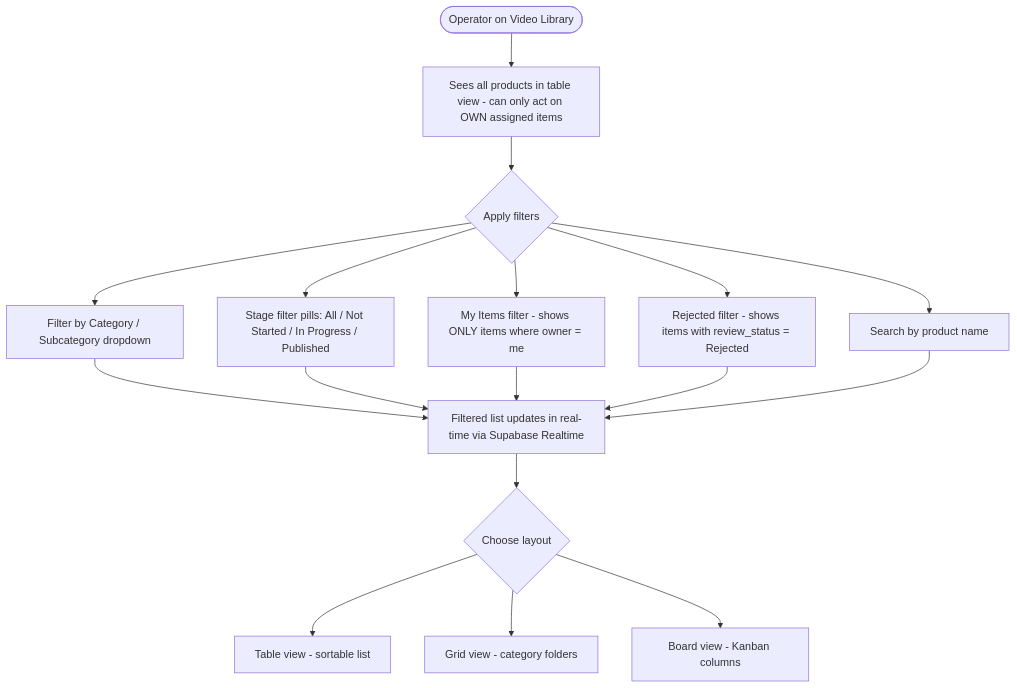
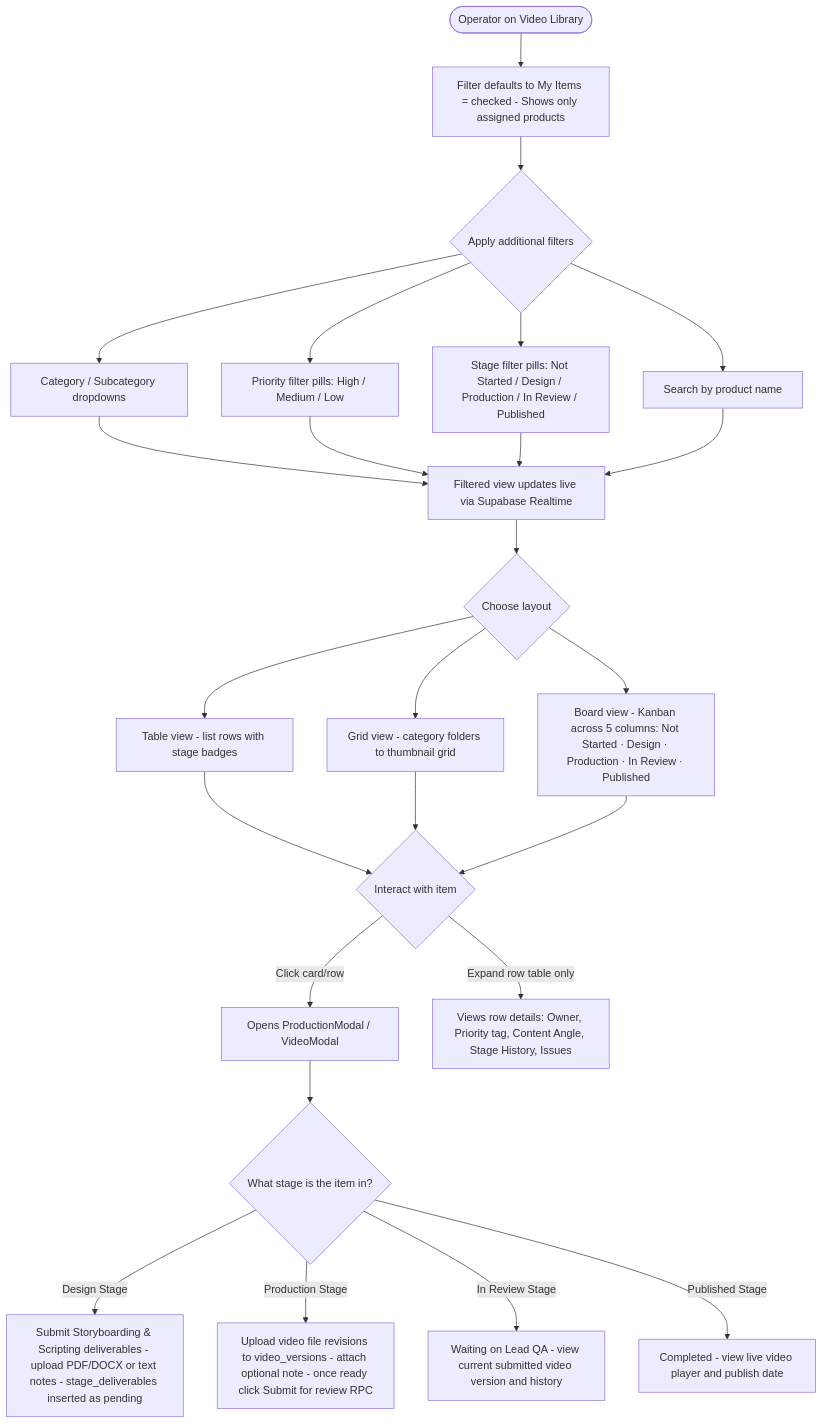
Before and after one commit to Lyduke56/BuckedUp-Dashboard-Lifewood: the fourth of 18 diagrams in role_workflows.md, drawn with Mermaid. The commit also changed other lines of this file and 6 other files, not shown here.

````diff
--- a/role_workflows.md
+++ b/role_workflows.md
@@ -149,15 +148,25 @@
 ```mermaid
 flowchart TD
-    A([Operator on Video Library]) --> B["Sees all products in table view - can only act on OWN assigned items"]
-    B --> C{Apply filters}
-    C --> D[Filter by Category / Subcategory dropdown]
-    C --> E["Stage filter pills: All / Not Started / In Progress / Published"]
-    C --> F["My Items filter - shows ONLY items where owner = me"]
-    C --> G["Rejected filter - shows items with review_status = Rejected"]
-    C --> H[Search by product name]
-    D & E & F & G & H --> I[Filtered list updates in real-time via Supabase Realtime]
-    I --> J{Choose layout}
-    J --> K["Table view - sortable list"]
-    J --> L["Grid view - category folders"]
-    J --> M["Board view - Kanban columns"]
+    A([Operator on Video Library]) --> B["Filter defaults to My Items = checked - Shows only assigned products"]
+    B --> C{Apply additional filters}
+    C --> D[Category / Subcategory dropdowns]
+    C --> E[Priority filter pills: High / Medium / Low]
+    C --> F["Stage filter pills: Not Started / Design / Production / In Review / Published"]
+    C --> G[Search by product name]
+    D & E & F & G --> H[Filtered view updates live via Supabase Realtime]
+
+    H --> I{Choose layout}
+    I --> I1["Table view - list rows with stage badges"]
+    I --> I2["Grid view - category folders to thumbnail grid"]
+    I --> I3["Board view - Kanban across 5 columns: Not Started · Design · Production · In Review · Published"]
+
+    I1 & I2 & I3 --> J{Interact with item}
+    J -- "Click card/row" --> K["Opens ProductionModal / VideoModal"]
+    J -- "Expand row table only" --> L["Views row details: Owner, Priority tag, Content Angle, Stage History, Issues"]
+
+    K --> M{What stage is the item in?}
+    M -- "Design Stage" --> N["Submit Storyboarding & Scripting deliverables - upload PDF/DOCX or text notes - stage_deliverables inserted as pending"]
+    M -- "Production Stage" --> O["Upload video file revisions to video_versions - attach optional note - once ready click Submit for review RPC"]
+    M -- "In Review Stage" --> P["Waiting on Lead QA - view current submitted video version and history"]
+    M -- "Published Stage" --> Q["Completed - view live video player and publish date"]
 ```
````
